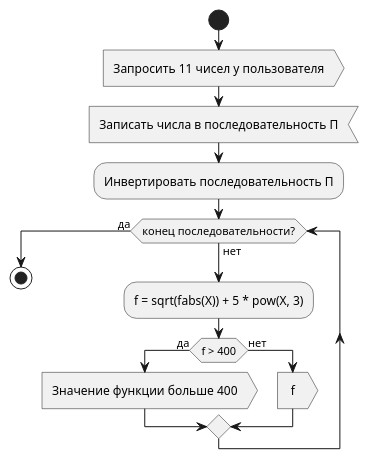
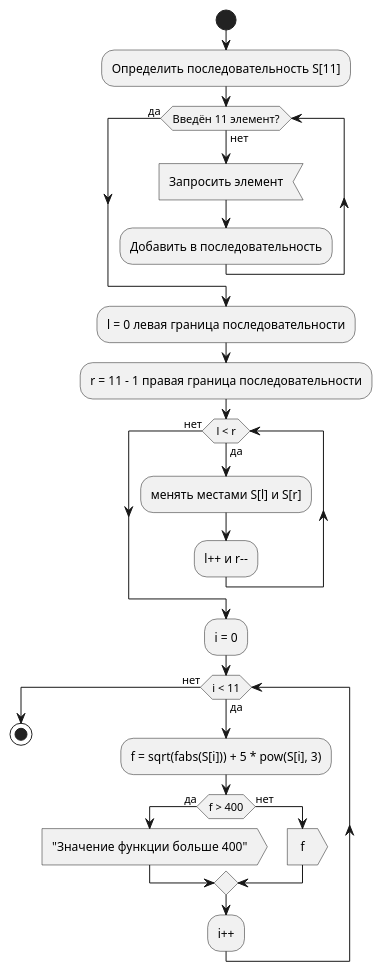
One commit to AleksSmith/GU_Algorithms changed the diagram in Lesson_6/homework/TPK.puml. Above: the diagram before and after it, drawn with PlantUML. The commit also changed other lines of this file and 2 other files, not shown here.

Commit message:
fixed the chart

```diff
--- a/Lesson_6/homework/TPK.puml
+++ b/Lesson_6/homework/TPK.puml
@@ -1,17 +1,27 @@
 @startuml TPC
 
 start
-:Запросить 11 чисел у пользователя>
-:Записать числа в последовательность П<
-:Инвертировать последовательность П;
-while (конец последовательности?) is (нет)
-    :f = sqrt(fabs(Х)) + 5 * pow(Х, 3);
+:Определить последовательность S[11];
+while (Введён 11 элемент?) is (нет)
+    :Запросить элемент<
+    :Добавить в последовательность;
+endwhile (да)
+:l = 0 левая граница последовательности;
+:r = 11 - 1 правая граница последовательности;
+while (l < r) is (да)
+    :менять местами S[l] и S[r];
+    :l++ и r--;
+endwhile (нет)
+:i = 0;
+while (i < 11) is (да)
+    :f = sqrt(fabs(S[i])) + 5 * pow(S[i], 3);
     if (f > 400) then (да)
-        :Значение функции больше 400>
+        :"Значение функции больше 400">
     else (нет)
         : f >
     endif
-endwhile(да)
+:i++;
+endwhile(нет)
 stop
 
 @enduml
```
